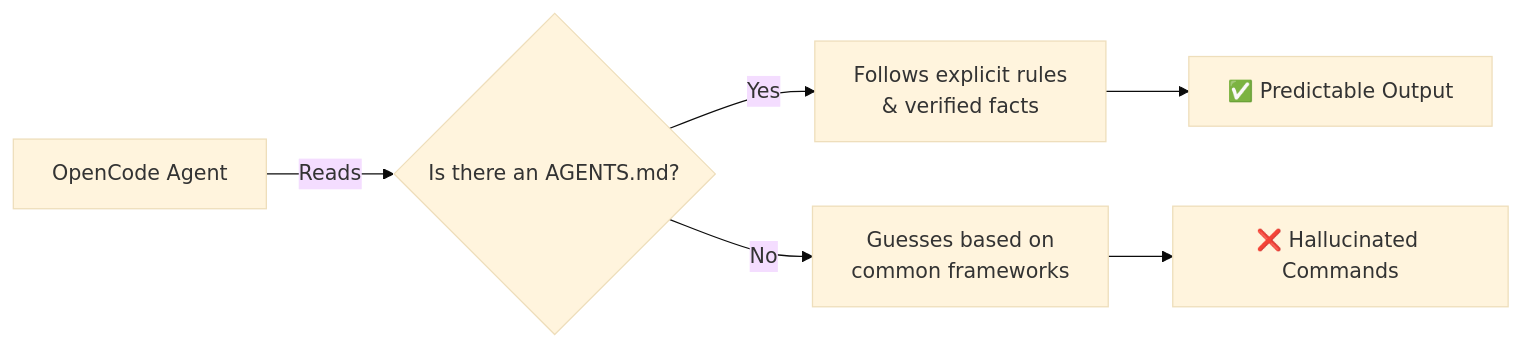
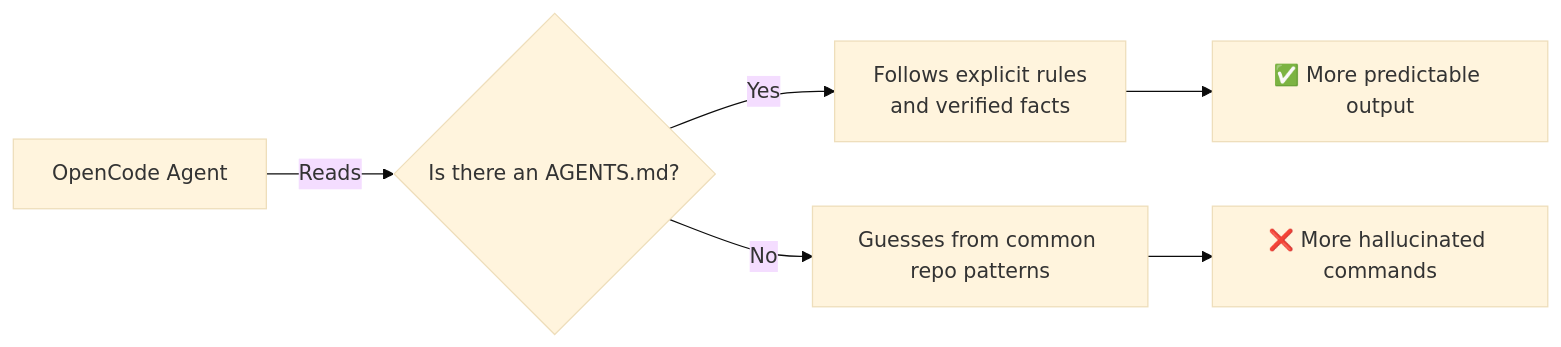
The diagram in 02-project-context/README.md (VanGoghBuilder/opencode-harness-guide), drawn with Mermaid (base theme) before and after one commit. The commit also changed other lines of this file and 19 other files, not shown here.

````diff
--- a/02-project-context/README.md
+++ b/02-project-context/README.md
@@ -32,8 +55,8 @@
 ```mermaid
 graph LR
     A["OpenCode Agent"] -->|Reads| B{"Is there an AGENTS.md?"}
-    B -->|Yes| C["Follows explicit rules<br/>& verified facts"]
-    B -->|No| D["Guesses based on<br/>common frameworks"]
-    C --> E["✅ Predictable Output"]
-    D --> F["❌ Hallucinated Commands"]
+    B -->|Yes| C["Follows explicit rules<br/>and verified facts"]
+    B -->|No| D["Guesses from common repo patterns"]
+    C --> E["✅ More predictable output"]
+    D --> F["❌ More hallucinated commands"]
 ```
````
